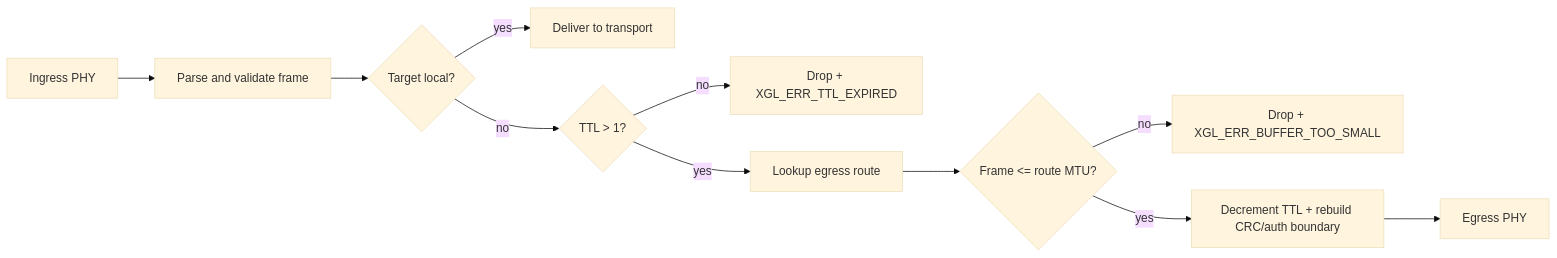
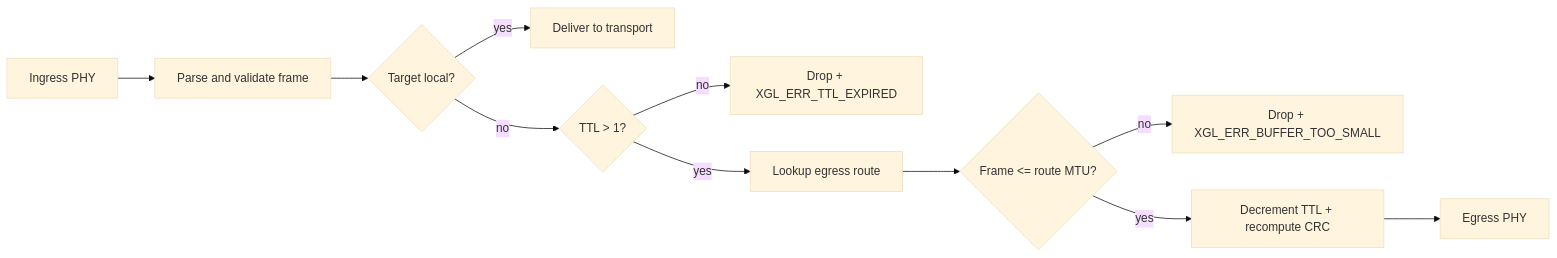
The third of 3 diagrams in docs/en/protocol/architecture.md (X-Gen-Lab/xgen-link), drawn with Mermaid (base theme) before and after one commit. The commit also changed 15 other files, not shown here.

````diff
--- a/docs/en/protocol/architecture.md
+++ b/docs/en/protocol/architecture.md
@@ -61,13 +61,13 @@
 ```mermaid
 flowchart LR
   RX[Ingress PHY] --> Parse[Parse and validate frame]
   Parse --> Target{Target local?}
   Target -- yes --> Local[Deliver to transport]
   Target -- no --> TTL{TTL > 1?}
   TTL -- no --> Drop[Drop + XGL_ERR_TTL_EXPIRED]
   TTL -- yes --> Route[Lookup egress route]
   Route --> MTU{Frame <= route MTU?}
   MTU -- no --> Reject[Drop + XGL_ERR_BUFFER_TOO_SMALL]
-  MTU -- yes --> Rewrite[Decrement TTL + rebuild CRC/auth boundary]
+  MTU -- yes --> Rewrite[Decrement TTL + recompute CRC]
   Rewrite --> TX[Egress PHY]
 ```
````
